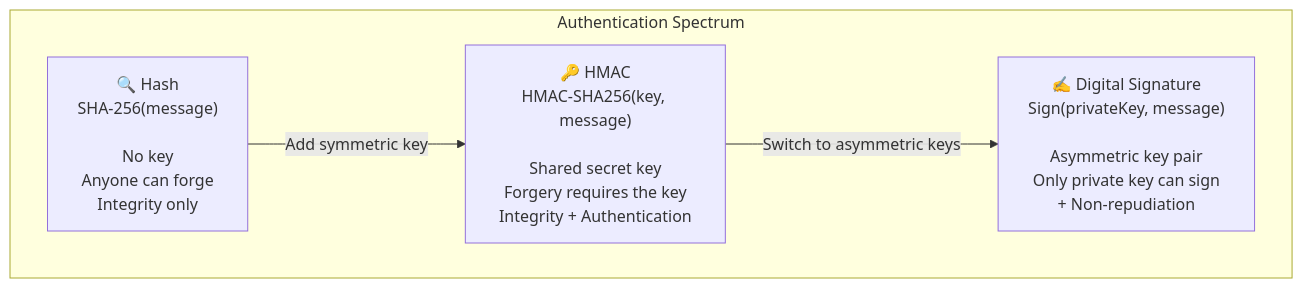
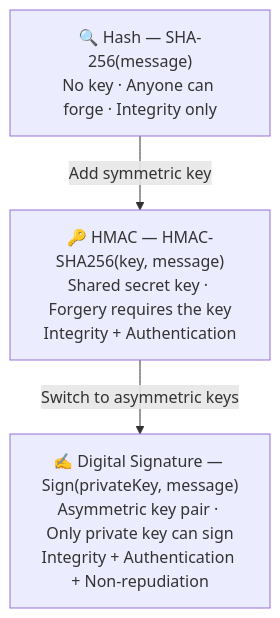
One commit to csoares/SecurityJava changed the tenth of 19 diagrams in README.md. Above: the diagram before and after it, drawn with Mermaid. The commit also changed other lines of this file and 23 other files, not shown here.

Commit message:
Refine README diagrams and descriptions for clarity and accuracy

````diff
--- a/README.md
+++ b/README.md
@@ -303,12 +301,8 @@
 ```mermaid
 flowchart TD
-    subgraph Comparison ["Authentication Spectrum"]
-        direction LR
-        H["🔍 Hash\nSHA-256(message)\n\nNo key\nAnyone can forge\nIntegrity only"]
-        HM["🔑 HMAC\nHMAC-SHA256(key, message)\n\nShared secret key\nForgery requires the key\nIntegrity + Authentication"]
-        DS["✍️ Digital Signature\nSign(privateKey, message)\n\nAsymmetric key pair\nOnly private key can sign\n+ Non-repudiation"]
-
-        H -->|"Add symmetric key"| HM
-        HM -->|"Switch to asymmetric keys"| DS
-    end
+    H["🔍 Hash — SHA-256(message)<br/>No key · Anyone can forge · Integrity only"]
+    HM["🔑 HMAC — HMAC-SHA256(key, message)<br/>Shared secret key · Forgery requires the key<br/>Integrity + Authentication"]
+    DS["✍️ Digital Signature — Sign(privateKey, message)<br/>Asymmetric key pair · Only private key can sign<br/>Integrity + Authentication + Non-repudiation"]
+    H -->|"Add symmetric key"| HM
+    HM -->|"Switch to asymmetric keys"| DS
 ```
````
